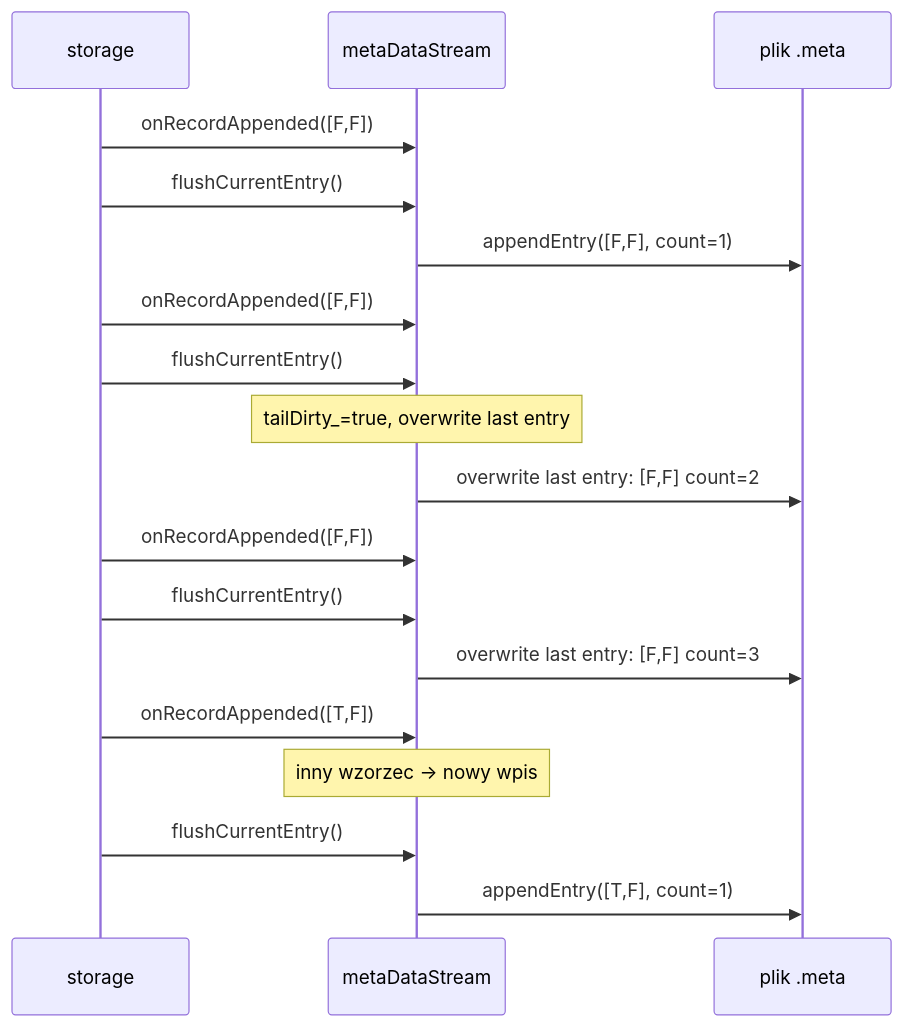
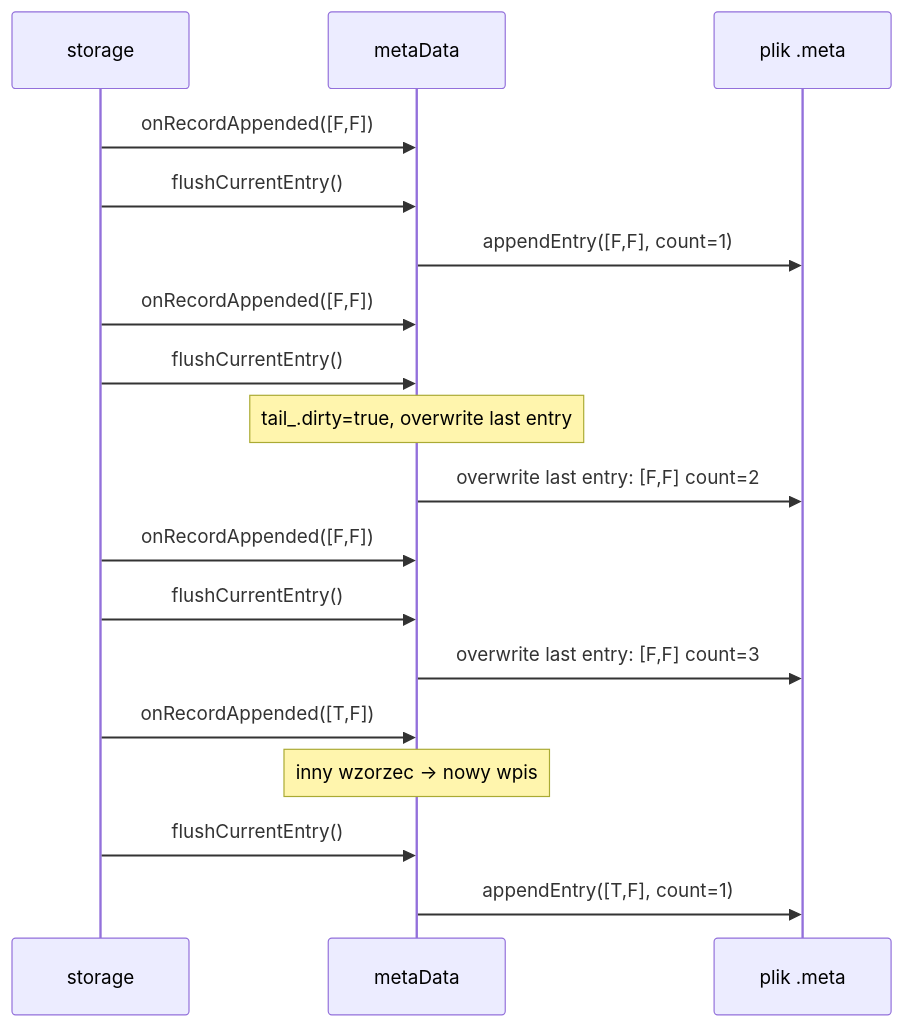
The third of 9 diagrams in architektura-systemu-przetwarzania-danych/format-zapisu-danych/pliki.md (michalwidera/dokumentacja-rdb), drawn with Mermaid before and after one commit. The commit also changed other lines of this file and 16 other files, not shown here.

````diff
--- a/architektura-systemu-przetwarzania-danych/format-zapisu-danych/pliki.md
+++ b/architektura-systemu-przetwarzania-danych/format-zapisu-danych/pliki.md
@@ -313,24 +323,24 @@
 ```mermaid
 sequenceDiagram
     participant S as storage
-    participant M as metaDataStream
+    participant M as metaData
     participant F as plik .meta
 
     S->>M: onRecordAppended([F,F])
     S->>M: flushCurrentEntry()
     M->>F: appendEntry([F,F], count=1)
 
     S->>M: onRecordAppended([F,F])
     S->>M: flushCurrentEntry()
-    Note over M: tailDirty_=true, overwrite last entry
+    Note over M: tail_.dirty=true, overwrite last entry
     M->>F: overwrite last entry: [F,F] count=2
 
     S->>M: onRecordAppended([F,F])
     S->>M: flushCurrentEntry()
     M->>F: overwrite last entry: [F,F] count=3
 
     S->>M: onRecordAppended([T,F])
     Note over M: inny wzorzec → nowy wpis
     S->>M: flushCurrentEntry()
     M->>F: appendEntry([T,F], count=1)
 ```
````
